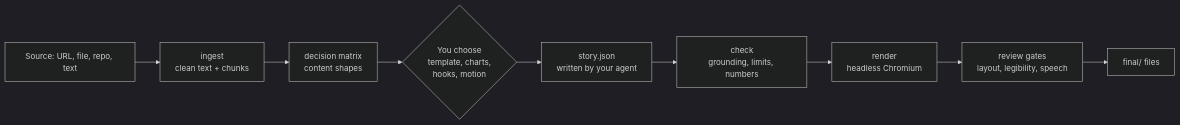
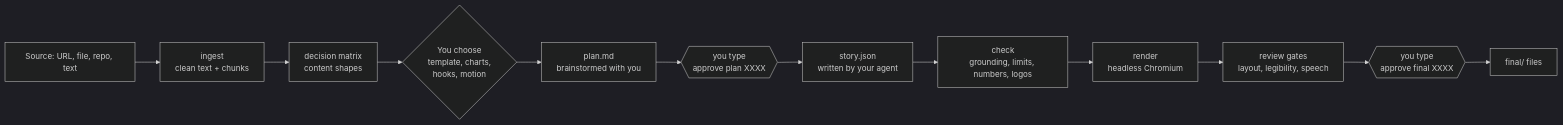
One commit to sarveshtalele/content-creation changed the first of 2 diagrams in README.md. Above: the diagram before and after it, drawn with Mermaid (dark theme). The commit also changed other lines of this file and 52 other files, not shown here.

````diff
--- a/README.md
+++ b/README.md
@@ -97,11 +105,14 @@
 ```mermaid
 flowchart LR
   A[Source: URL, file, repo, text] --> B[ingest<br/>clean text + chunks]
   B --> C[decision matrix<br/>content shapes]
   C --> D{You choose<br/>template, charts,<br/>hooks, motion}
-  D --> E[story.json<br/>written by your agent]
-  E --> F[check<br/>grounding, limits, numbers]
+  D --> P[plan.md<br/>brainstormed with you]
+  P --> Q{{you type<br/>approve plan XXXX}}
+  Q --> E[story.json<br/>written by your agent]
+  E --> F[check<br/>grounding, limits, numbers, logos]
   F --> G[render<br/>headless Chromium]
   G --> H[review gates<br/>layout, legibility, speech]
-  H --> I[final/ files]
+  H --> R{{you type<br/>approve final XXXX}}
+  R --> I[final/ files]
 ```
````
